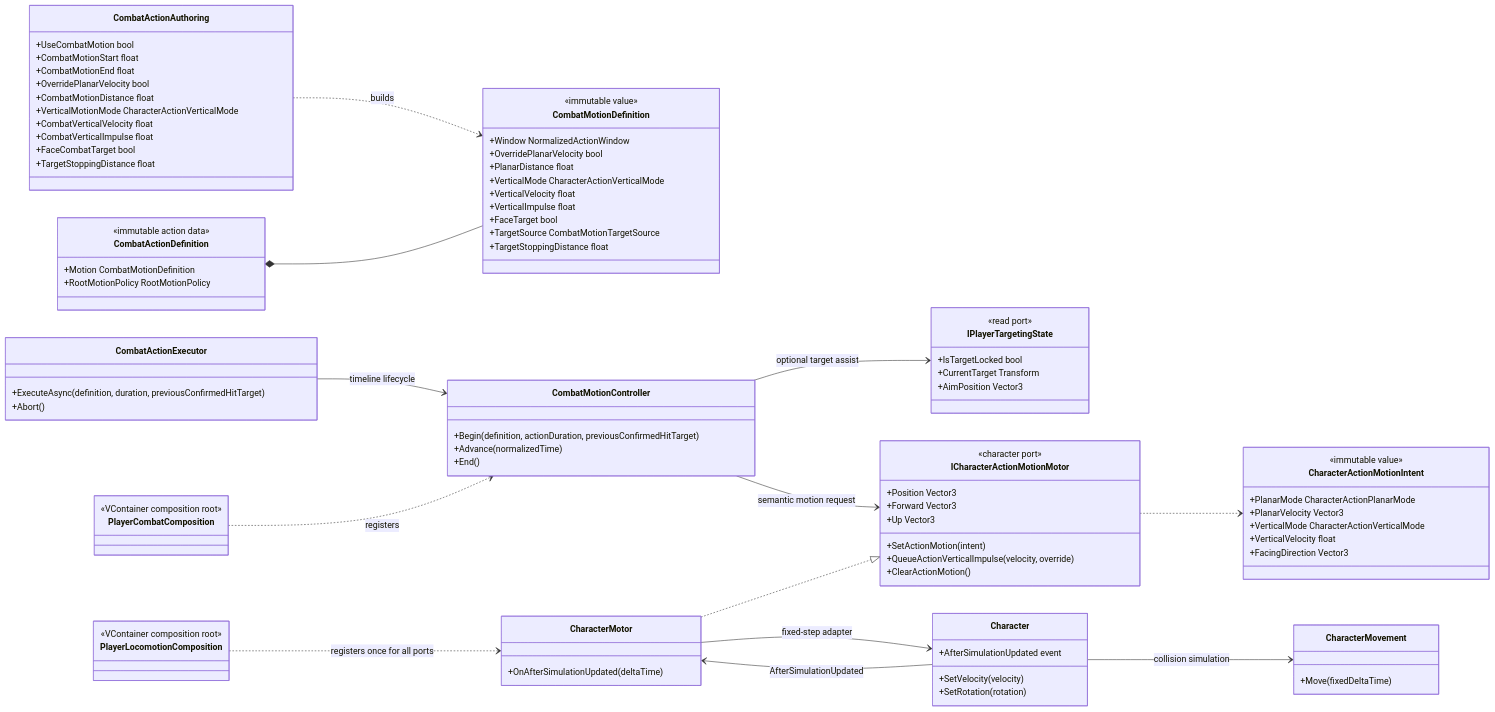
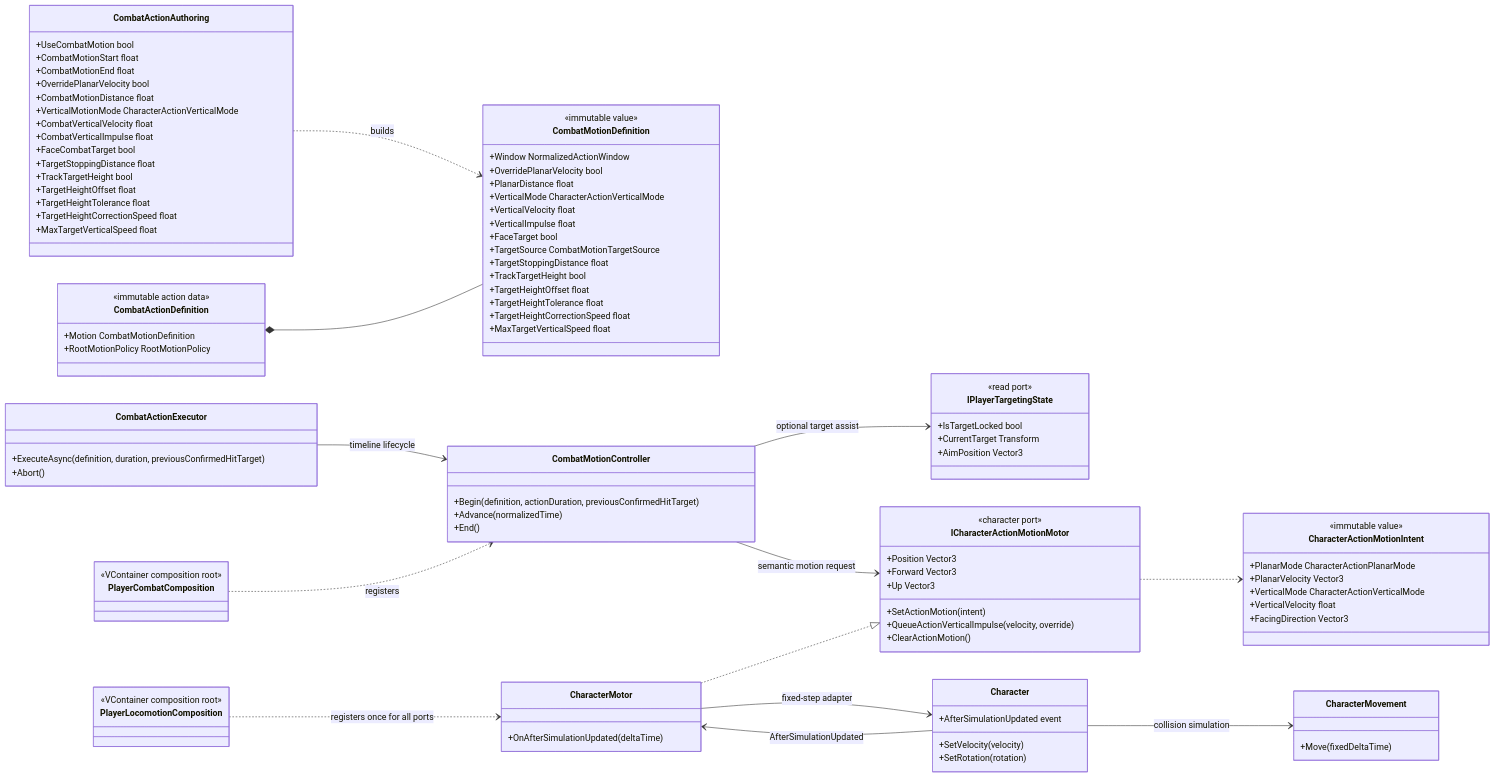
The first of 2 diagrams in Docs/Architecture/Combat.Motion.md (MaximFonariuc/project-s), drawn with Mermaid before and after one commit. The commit also changed other lines of this file and 8 other files, not shown here.

```diff
--- a/Docs/Architecture/Combat.Motion.md
+++ b/Docs/Architecture/Combat.Motion.md
@@ -27,6 +28,11 @@
         +CombatVerticalImpulse float
         +FaceCombatTarget bool
         +TargetStoppingDistance float
+        +TrackTargetHeight bool
+        +TargetHeightOffset float
+        +TargetHeightTolerance float
+        +TargetHeightCorrectionSpeed float
+        +MaxTargetVerticalSpeed float
     }
     class CombatActionDefinition {
         <<immutable action data>>
@@ -44,6 +50,11 @@
         +FaceTarget bool
         +TargetSource CombatMotionTargetSource
         +TargetStoppingDistance float
+        +TrackTargetHeight bool
+        +TargetHeightOffset float
+        +TargetHeightTolerance float
+        +TargetHeightCorrectionSpeed float
+        +MaxTargetVerticalSpeed float
     }
     class CombatActionExecutor {
         +ExecuteAsync(definition, duration, previousConfirmedHitTarget)
```
